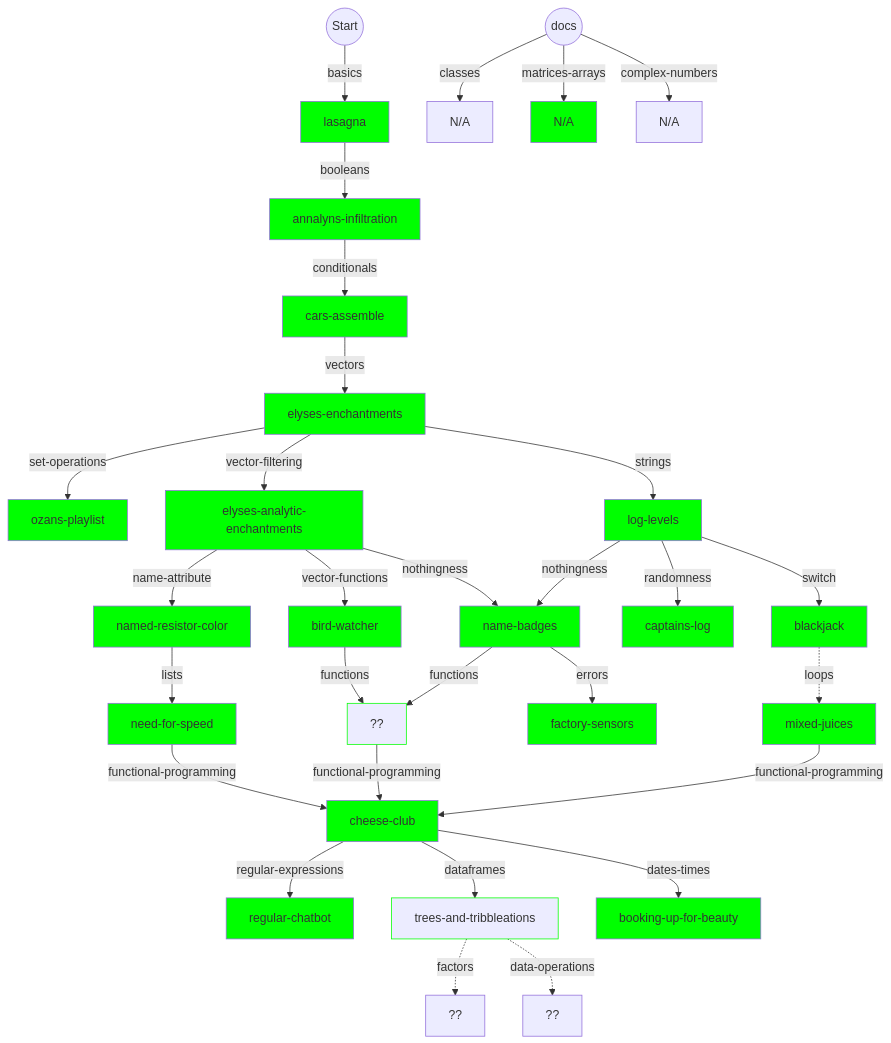
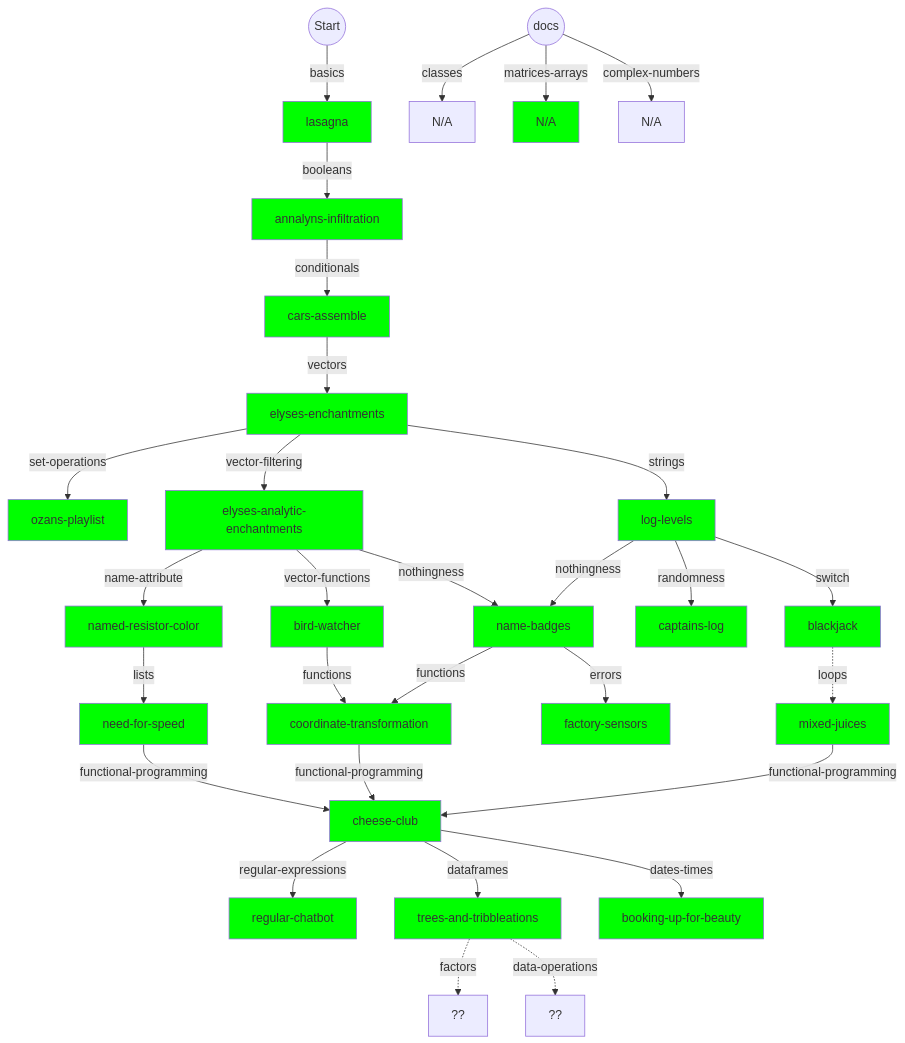
Before and after one commit to colinleach/learning-track-doodles: the first of 2 diagrams in r/flowchart.md, drawn with Mermaid.

Commit message:
flowchart

````diff
--- a/r/flowchart.md
+++ b/r/flowchart.md
@@ -10,79 +10,79 @@
 ```mermaid
 graph TD
     
 start(("Start")) --basics--> basics["lasagna"]
 style basics fill:#0f0
 
 basics --booleans--> booleans["annalyns-infiltration"]
 style booleans fill:#0f0
 
 booleans --conditionals--> conditionals["cars-assemble"]
 style conditionals fill:#0f0
 
 conditionals --vectors--> vectors["elyses-enchantments"]
 style vectors fill:#0f0
 
 switch -.loops.-> loops["mixed-juices"]
 style loops fill:#0f0
 
 vectors --set-operations--> set-operations["ozans-playlist"]
 style set-operations fill:#0f0
 
 name-attribute --lists--> lists["need-for-speed"]
 style lists fill:#0f0
 
 vectors --vector-filtering--> vector-filtering["elyses-analytic-enchantments"]
 style vector-filtering fill:#0f0
 
 vector-filtering --name-attribute--> name-attribute["named-resistor-color"]
 style name-attribute fill:#0f0
 
 vector-filtering --vector-functions--> vector-functions["bird-watcher"]
 style vector-functions fill:#0f0
 
 vectors --strings--> strings["log-levels"]
 style strings fill:#0f0
 
 vector-filtering --nothingness--> nothingness["name-badges"]
 strings --nothingness--> nothingness["name-badges"]
 style nothingness fill:#0f0
 
 strings --randomness--> randomness["captains-log"]
 style randomness fill:#0f0
 
 functional-programming --regular-expressions--> regular-expressions["regular-chatbot"]
 style regular-expressions fill:#0f0
 
 strings --switch--> switch["blackjack"]
 style switch fill:#0f0
 
 lists --functional-programming--> functional-programming["cheese-club"]
 functions --functional-programming--> functional-programming["cheese-club"]
 loops --functional-programming--> functional-programming["cheese-club"]
 style functional-programming fill:#0f0
 
 functional-programming --dataframes--> dataframes["trees-and-tribbleations"]
-style dataframes stroke:#0f0
+style dataframes fill:#0f0
 
 dataframes -.factors.-> factors["??"]
 
 dataframes -.data-operations.-> data-operations["??"]
 
 functional-programming --dates-times--> dates-times["booking-up-for-beauty"]
 style dates-times fill:#0f0
 
-vector-functions --functions--> functions["??"]
-nothingness --functions--> functions["??"]
-style functions stroke:#0f0
+vector-functions --functions--> functions["coordinate-transformation"]
+nothingness --functions--> functions["coordinate-transformation"]
+style functions fill:#0f0
 
 nothingness --errors--> errors["factory-sensors "]
 style errors fill:#0f0
 
 unattached(("docs")) --classes--> classes["N/A"]
 
 unattached --matrices-arrays--> matrices-arrays["N/A"]
 style matrices-arrays fill:#0f0
 
 unattached --complex-numbers--> complex-numbers["N/A"]
 
 ```
````
